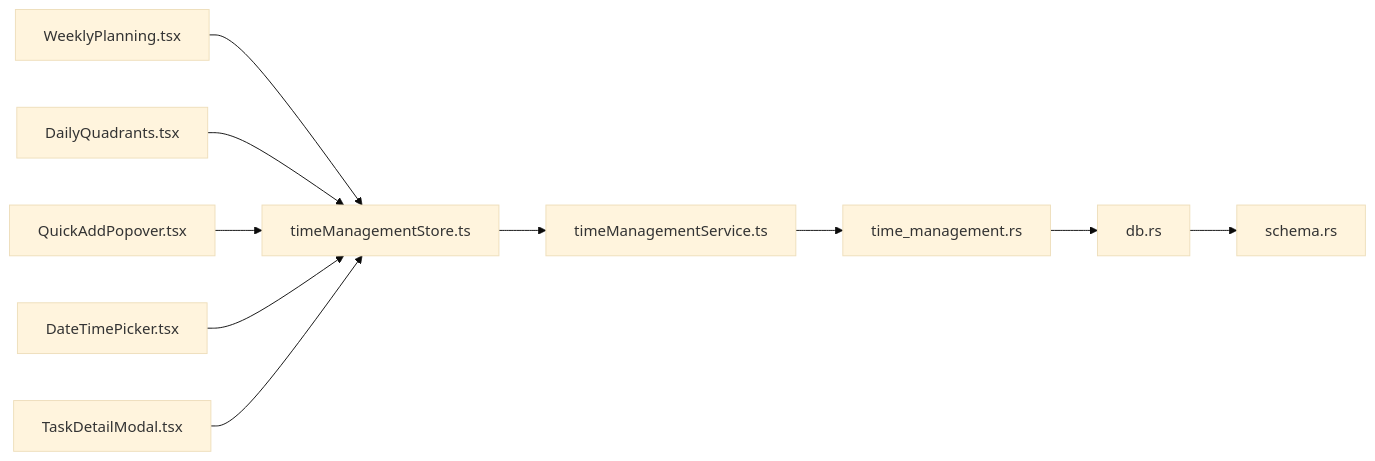
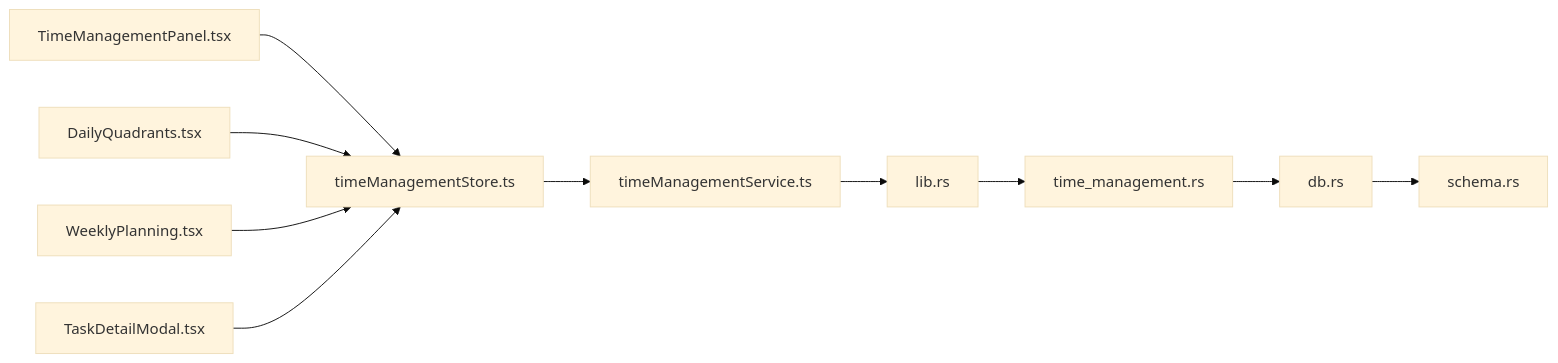
One commit to gzdxhujiale/FishWorker changed the tenth of 10 diagrams in .qoder/repowiki/zh/content/核心功能模块/时间管理系统.md. Above: the diagram before and after it, drawn with Mermaid (base theme). The commit also changed other lines of this file and 238 other files, not shown here.

````diff
--- a/.qoder/repowiki/zh/content/核心功能模块/时间管理系统.md
+++ b/.qoder/repowiki/zh/content/核心功能模块/时间管理系统.md
@@ -332,12 +384,12 @@
 ```mermaid
 graph LR
-WP["WeeklyPlanning.tsx"] --> Store["timeManagementStore.ts"]
-DQ["DailyQuadrants.tsx"] --> Store
-QAP["QuickAddPopover.tsx"] --> Store
-DTP["DateTimePicker.tsx"] --> Store
-TDM["TaskDetailModal.tsx"] --> Store
+Panel["TimeManagementPanel.tsx"] --> Store["timeManagementStore.ts"]
+Quadrants["DailyQuadrants.tsx"] --> Store
+Weekly["WeeklyPlanning.tsx"] --> Store
+Detail["TaskDetailModal.tsx"] --> Store
 Store --> Service["timeManagementService.ts"]
-Service --> TM["time_management.rs"]
-TM --> DB["db.rs"]
-DB --> Schema["schema.rs"]
+Service --> TauriLib["lib.rs"]
+TauriLib --> TimeMgmt["time_management.rs"]
+TimeMgmt --> Db["db.rs"]
+Db --> Schema["schema.rs"]
 ```
````
